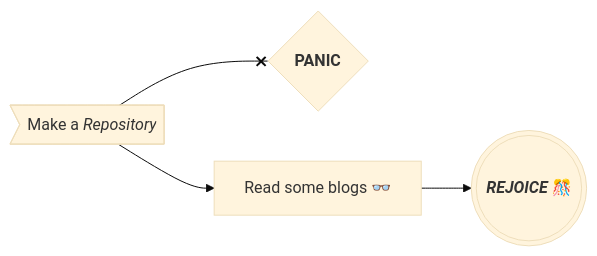
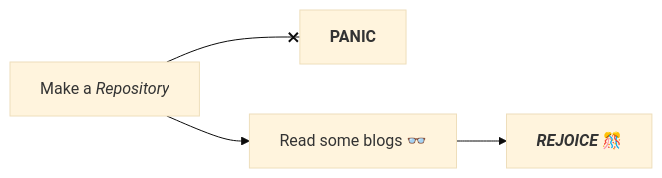
Before and after one commit to ADMBSL/Alison: the diagram in README.md, drawn with Mermaid (base theme).

````diff
--- a/README.md
+++ b/README.md
@@ -20,6 +20,6 @@
 ```mermaid
 flowchart LR;
-    A>"`Make a _Repository_`"]--xB{"`**PANIC**`"};
+    A["`Make a _Repository_`"]--xB["`**PANIC**`"];
     A-->C["`Read  some blogs 👓`"];
-    C -->D((("`**_REJOICE_** 🎊`")));
+    C-->D["`**_REJOICE_** 🎊`"];
 ```
````
